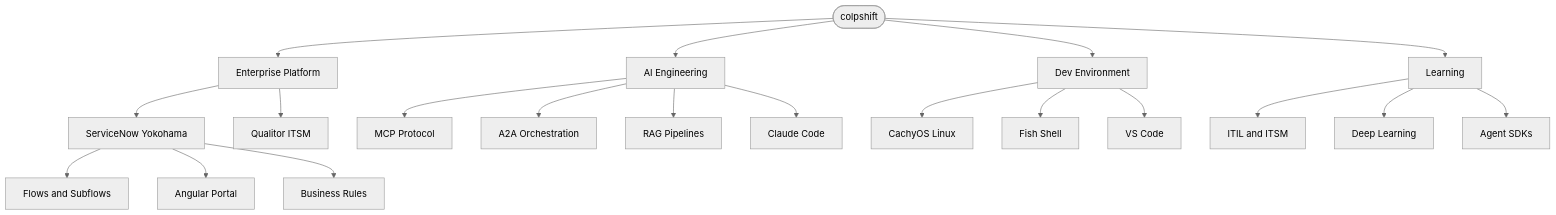
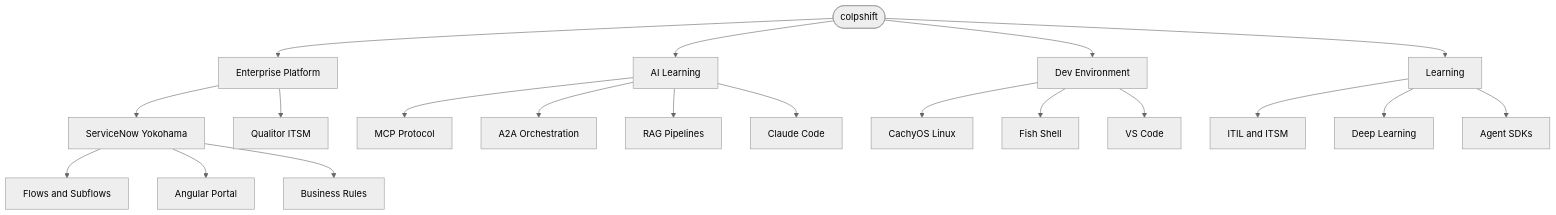
Before and after one commit to colpshift/colpshift: the diagram in README.md, drawn with Mermaid (neutral theme). The commit also changed other lines of this file, not shown here.

First line of the commit message:
fix: update identity from AI Engineer to Developer learning AI

````diff
--- a/README.md
+++ b/README.md
@@ -61,28 +61,28 @@
 ```mermaid
 graph TD
     colpshift(["colpshift"])
 
     colpshift --> ENT["Enterprise Platform"]
-    colpshift --> AI["AI Engineering"]
+    colpshift --> AI["AI Learning"]
     colpshift --> DEV["Dev Environment"]
     colpshift --> LEARN["Learning"]
 
     ENT --> SN["ServiceNow Yokohama"]
     ENT --> Q["Qualitor ITSM"]
     SN --> SN1["Flows and Subflows"]
     SN --> SN2["Angular Portal"]
     SN --> SN3["Business Rules"]
 
     AI --> MCP["MCP Protocol"]
     AI --> A2A["A2A Orchestration"]
     AI --> RAG["RAG Pipelines"]
     AI --> CC["Claude Code"]
 
     DEV --> OS["CachyOS Linux"]
     DEV --> SH["Fish Shell"]
     DEV --> ED["VS Code"]
 
     LEARN --> IT["ITIL and ITSM"]
     LEARN --> DL["Deep Learning"]
     LEARN --> AG["Agent SDKs"]
 ```
````
